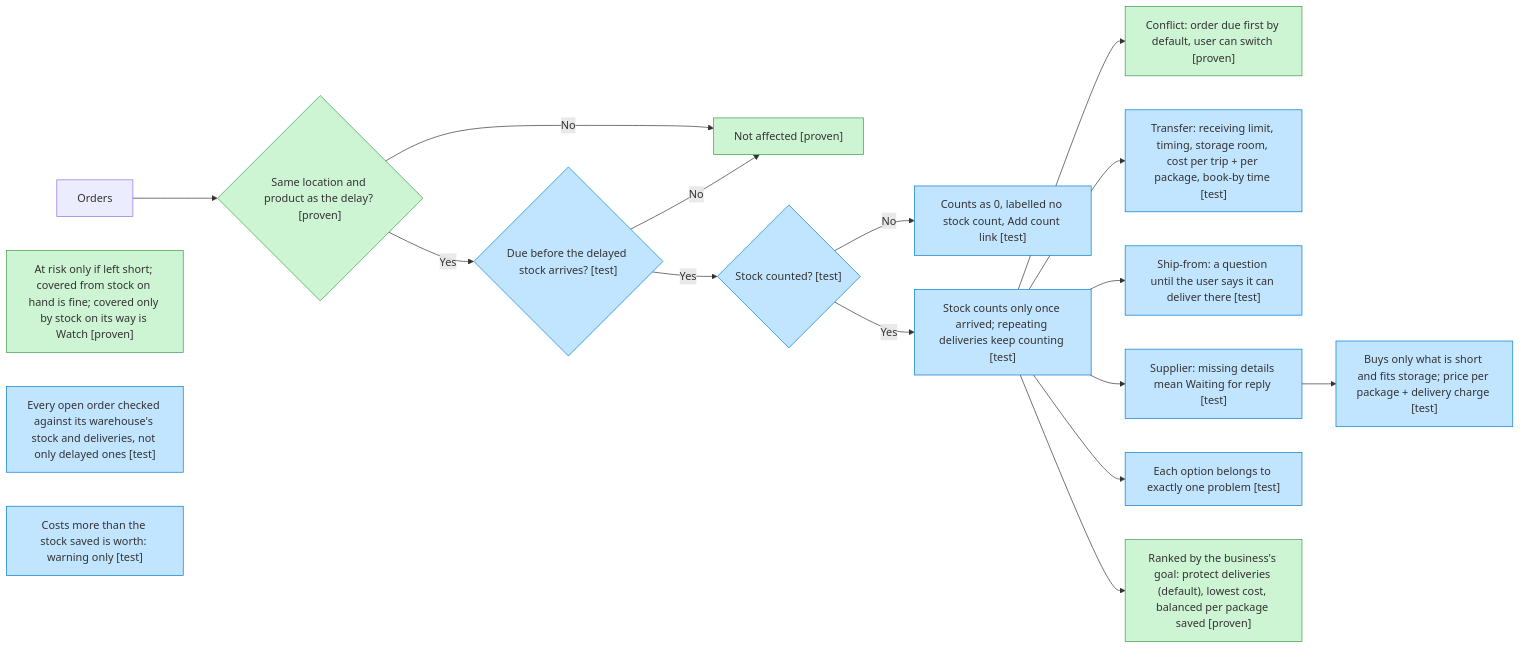
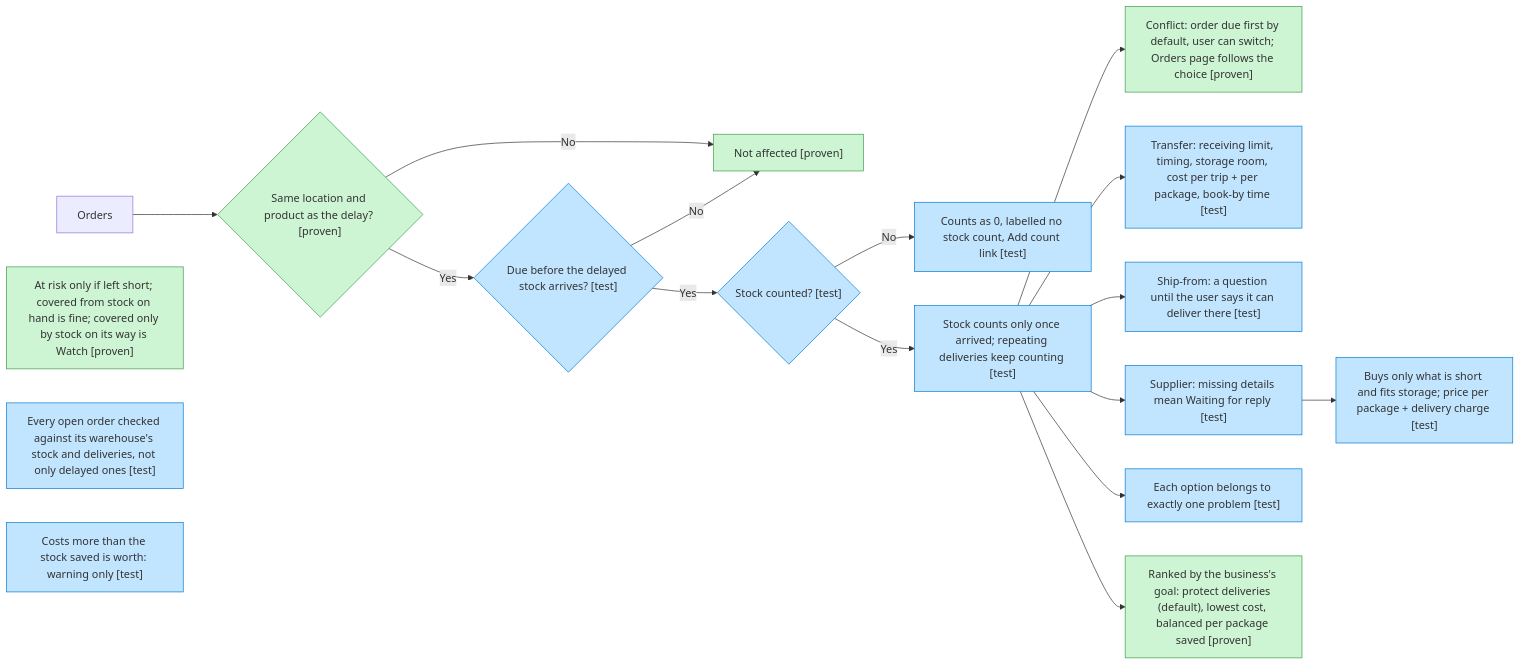
The fourth of 7 diagrams in docs/07-bug-map.md (gouravhanumante/rehearsal-ai-builder-cup), drawn with Mermaid before and after one commit. The commit also changed 5 other files, not shown here.

First line of the commit message:
Orders page follows the priority-order-first choice

````diff
--- a/docs/07-bug-map.md
+++ b/docs/07-bug-map.md
@@ -84,24 +84,24 @@
 ```mermaid
 flowchart LR
   o["Orders"] --> loc{"Same location and product as the delay? [proven]"}
   loc -->|"No"| na["Not affected [proven]"]
   loc -->|"Yes"| due{"Due before the delayed stock arrives? [test]"}
   due -->|"No"| na
   due -->|"Yes"| st{"Stock counted? [test]"}
   risk["At risk only if left short; covered from stock on hand is fine; covered only by stock on its way is Watch [proven]"]
   st -->|"No"| unk["Counts as 0, labelled no stock count, Add count link [test]"]
   st -->|"Yes"| al["Stock counts only once arrived; repeating deliveries keep counting [test]"]
   all["Every open order checked against its warehouse's stock and deliveries, not only delayed ones [test]"]
-  al --> cf["Conflict: order due first by default, user can switch [proven]"]
+  al --> cf["Conflict: order due first by default, user can switch; Orders page follows the choice [proven]"]
   al --> tr["Transfer: receiving limit, timing, storage room, cost per trip + per package, book-by time [test]"]
   al --> sf["Ship-from: a question until the user says it can deliver there [test]"]
   al --> sup["Supplier: missing details mean Waiting for reply [test]"]
   sup --> buy["Buys only what is short and fits storage; price per package + delivery charge [test]"]
   al --> grp["Each option belongs to exactly one problem [test]"]
   al --> rec["Ranked by the business's goal: protect deliveries (default), lowest cost, balanced per package saved [proven]"]
   worth["Costs more than the stock saved is worth: warning only [test]"]
   classDef proven fill:#CDF4D3,stroke:#3E9B4B
   classDef test fill:#C2E5FF,stroke:#007AD2
   class loc,na,cf,risk,rec proven
   class due,st,unk,al,all,tr,sf,sup,buy,grp,worth test
 ```
````
